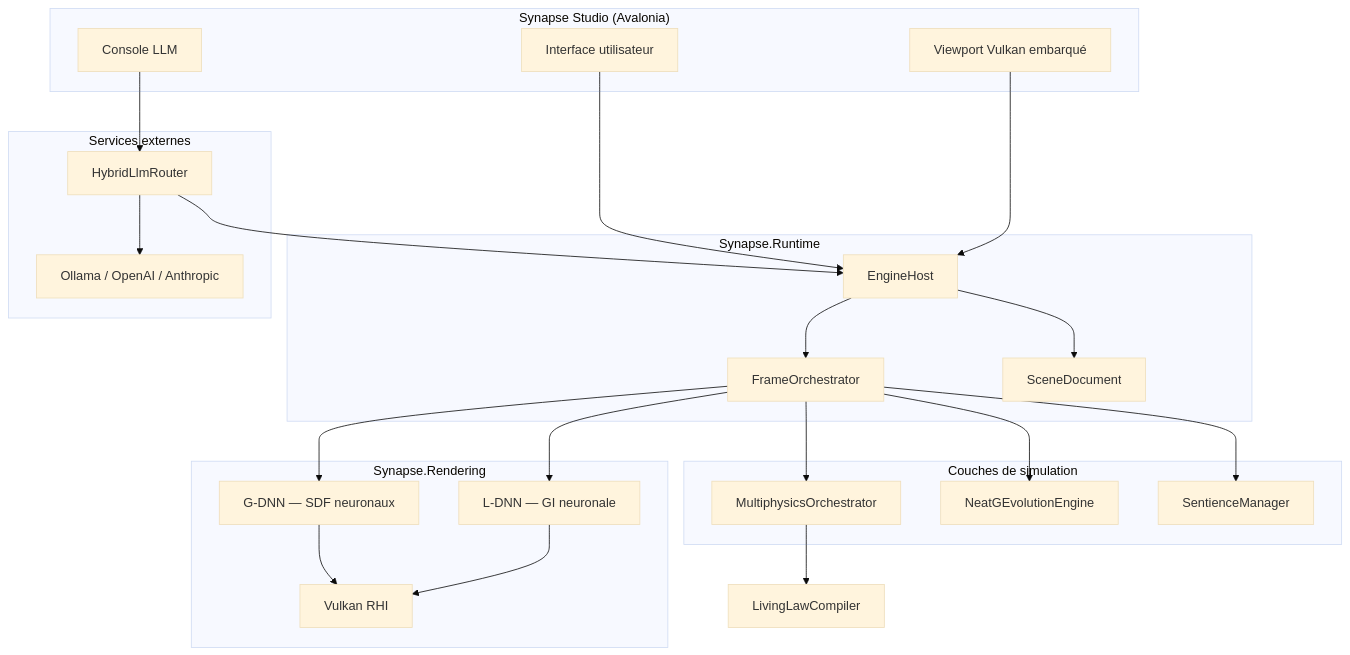
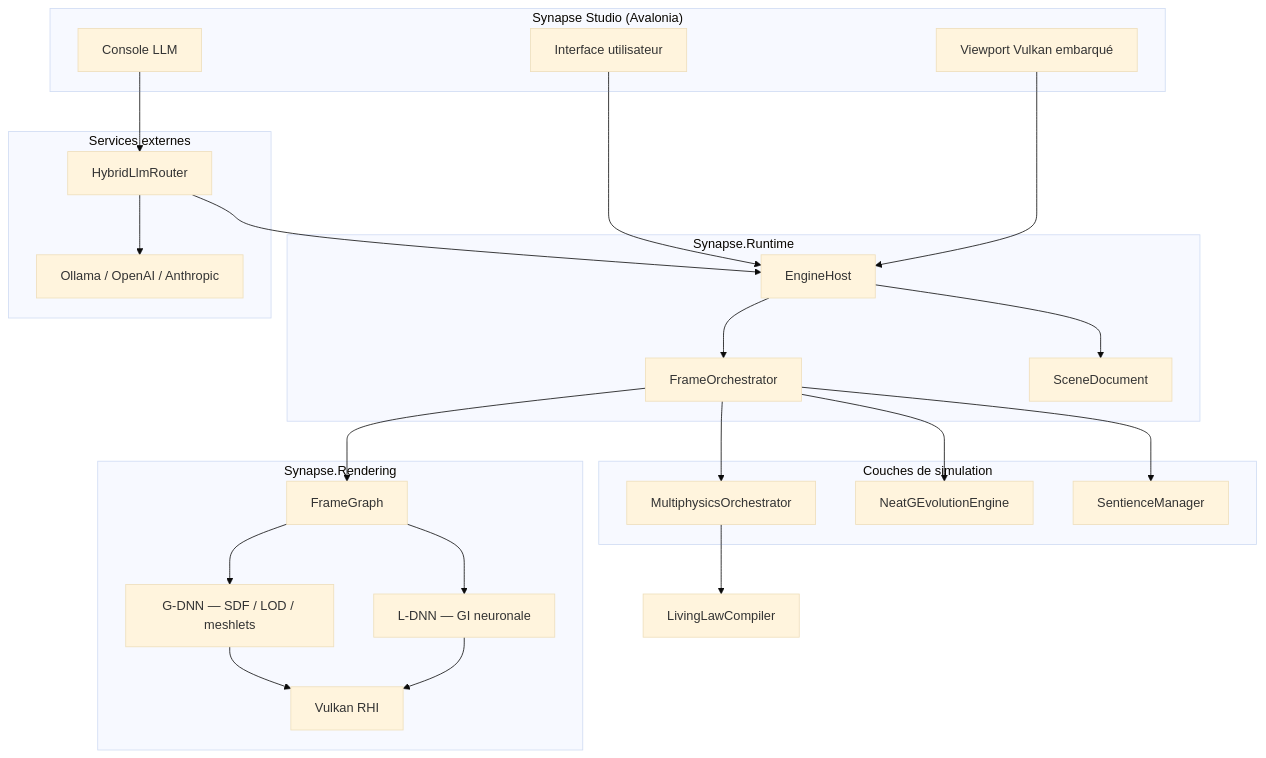
Before and after one commit to QuantumHacker10/Synapse: the first of 7 diagrams in docs/ARCHITECTURE.md, drawn with Mermaid (base theme). The commit also changed other lines of this file and 34 other files, not shown here.

````diff
--- a/docs/ARCHITECTURE.md
+++ b/docs/ARCHITECTURE.md
@@ -7,49 +7,51 @@
 ```mermaid
 flowchart TB
     subgraph Studio["Synapse Studio (Avalonia)"]
         UI[Interface utilisateur]
         VP[Viewport Vulkan embarqué]
         LLMConsole[Console LLM]
     end
 
     subgraph Runtime["Synapse.Runtime"]
         EH[EngineHost]
         FO[FrameOrchestrator]
         SD[SceneDocument]
     end
 
     subgraph Simulation["Couches de simulation"]
         PHY[MultiphysicsOrchestrator]
         AI[NeatGEvolutionEngine]
         SIM[SentienceManager]
     end
 
     subgraph Rendering["Synapse.Rendering"]
-        GDNN[G-DNN — SDF neuronaux]
+        FG[FrameGraph]
+        GDNN[G-DNN — SDF / LOD / meshlets]
         LDNN[L-DNN — GI neuronale]
         VK[Vulkan RHI]
     end
 
     subgraph External["Services externes"]
         LLM[HybridLlmRouter]
         OLL[Ollama / OpenAI / Anthropic]
     end
 
     UI --> EH
     VP --> EH
     LLMConsole --> LLM
     LLM --> OLL
     LLM --> EH
 
     EH --> FO
     FO --> PHY
     FO --> AI
     FO --> SIM
-    FO --> GDNN
-    FO --> LDNN
+    FO --> FG
+    FG --> GDNN
+    FG --> LDNN
 
     PHY --> LL[LivingLawCompiler]
     GDNN --> VK
     LDNN --> VK
     EH --> SD
 ```
````
